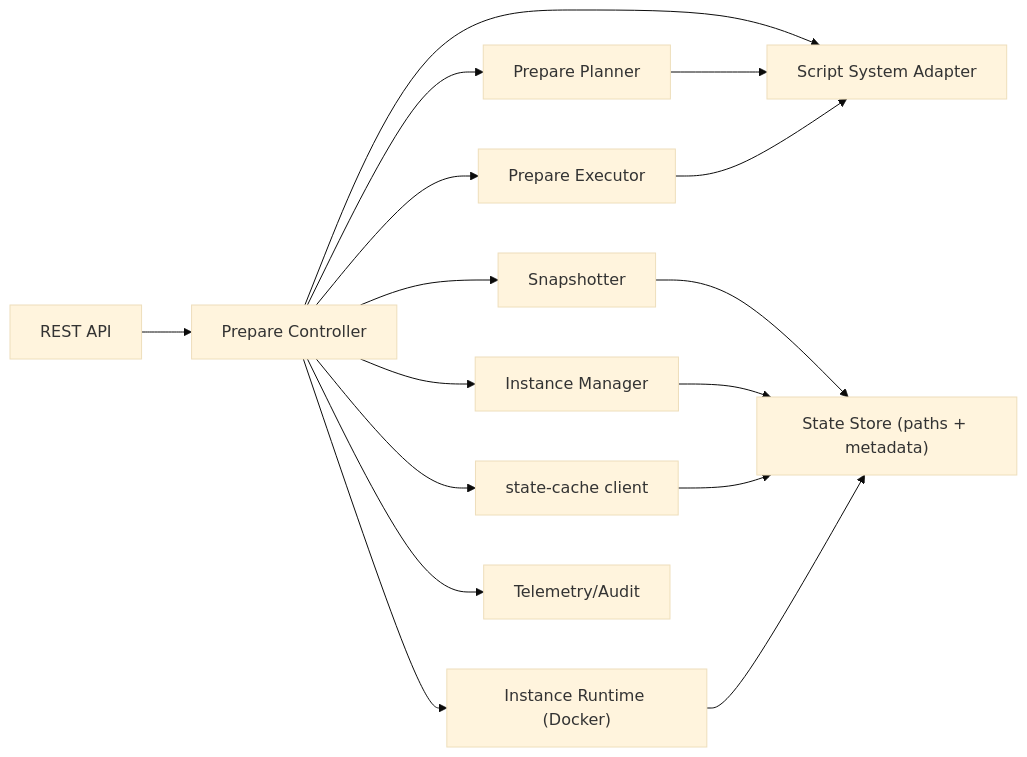
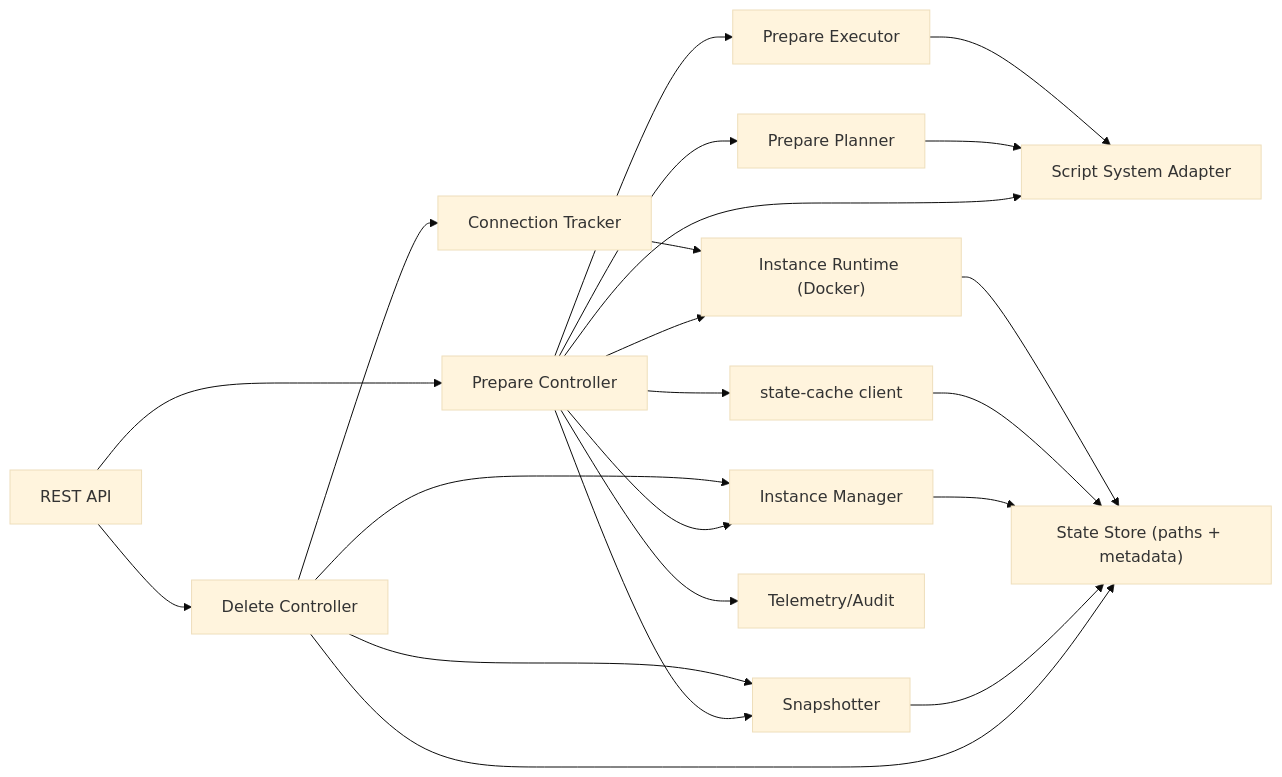
One commit to kimak-irmagi/taidon changed the first of 3 diagrams in docs/architecture/engine-internals.md. Above: the diagram before and after it, drawn with Mermaid (base theme). The commit also changed other lines of this file and 17 other files, not shown here.

````diff
--- a/docs/architecture/engine-internals.md
+++ b/docs/architecture/engine-internals.md
@@ -7,30 +7,38 @@
 ```mermaid
 flowchart LR
   API["REST API"]
   CTRL["Prepare Controller"]
+  DEL["Delete Controller"]
   PLAN["Prepare Planner"]
   EXEC["Prepare Executor"]
   CACHE[state-cache client]
   SNAP[Snapshotter]
   RUNTIME["Instance Runtime (Docker)"]
   ADAPTER["Script System Adapter"]
   INST["Instance Manager"]
+  CONN["Connection Tracker"]
   STORE["State Store (paths + metadata)"]
   OBS[Telemetry/Audit]
 
   API --> CTRL
+  API --> DEL
   CTRL --> PLAN
   CTRL --> EXEC
   CTRL --> CACHE
   CTRL --> SNAP
   CTRL --> RUNTIME
   CTRL --> ADAPTER
   CTRL --> INST
   CTRL --> OBS
+  DEL --> INST
+  DEL --> SNAP
+  DEL --> STORE
+  DEL --> CONN
   PLAN --> ADAPTER
   EXEC --> ADAPTER
   SNAP --> STORE
   INST --> STORE
   CACHE --> STORE
   RUNTIME --> STORE
+  CONN --> RUNTIME
 ```
````
